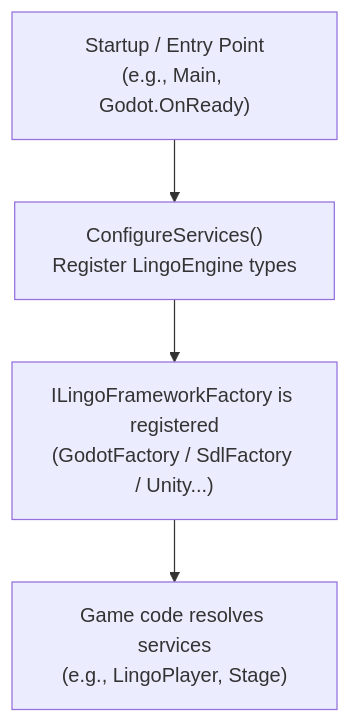
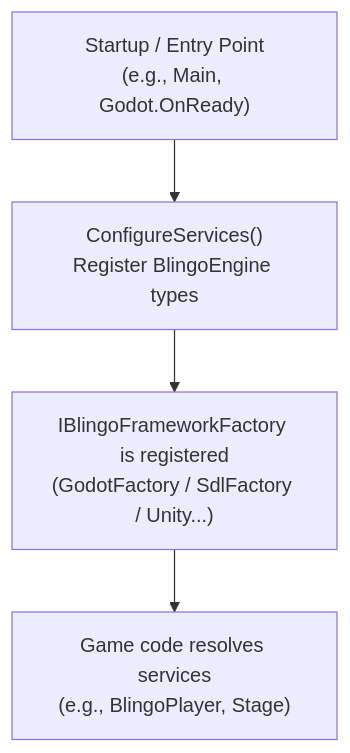
One commit to EmmanuelTheCreator/BlingoEngine changed the second of 4 diagrams in docs/design/Architecture.md. Above: the diagram before and after it, drawn with Mermaid. The commit also changed other lines of this file and 2308 other files, not shown here.

````diff
--- a/docs/design/Architecture.md
+++ b/docs/design/Architecture.md
@@ -127,6 +127,6 @@
 ```mermaid
 graph TD
-    start["Startup / Entry Point<br/>(e.g., Main, Godot.OnReady)"] --> config["ConfigureServices()<br/>Register LingoEngine types"]
-    config --> register["ILingoFrameworkFactory is registered<br/>(GodotFactory / SdlFactory / Unity...)"]
-    register --> resolve["Game code resolves services<br/>(e.g., LingoPlayer, Stage)"]
+    start["Startup / Entry Point<br/>(e.g., Main, Godot.OnReady)"] --> config["ConfigureServices()<br/>Register BlingoEngine types"]
+    config --> register["IBlingoFrameworkFactory is registered<br/>(GodotFactory / SdlFactory / Unity...)"]
+    register --> resolve["Game code resolves services<br/>(e.g., BlingoPlayer, Stage)"]
 ```
````
